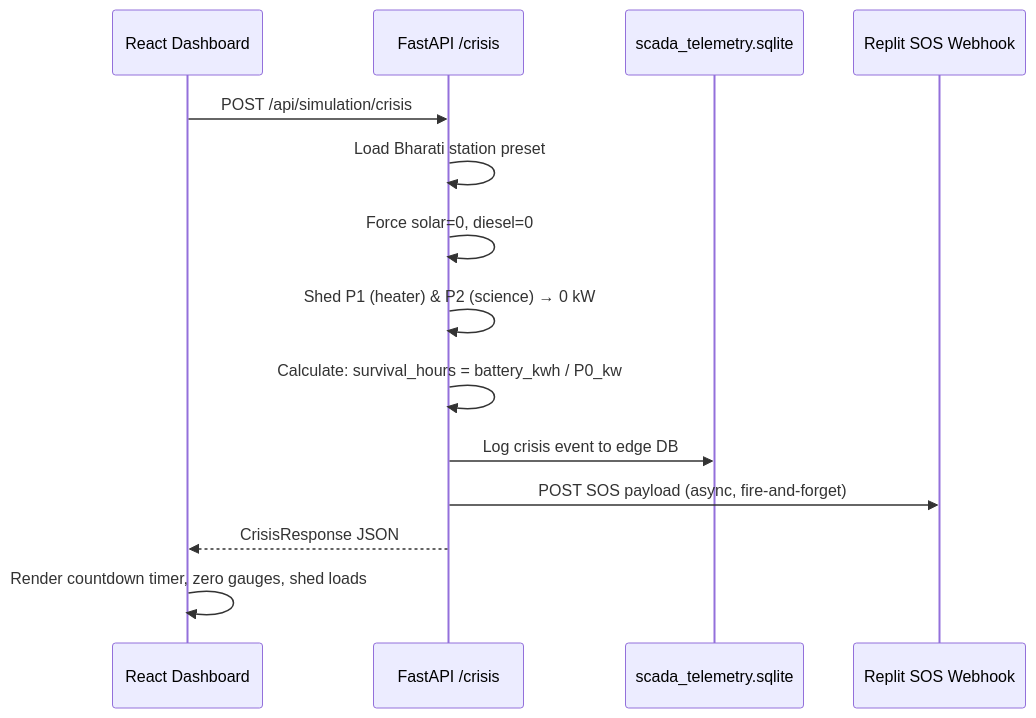
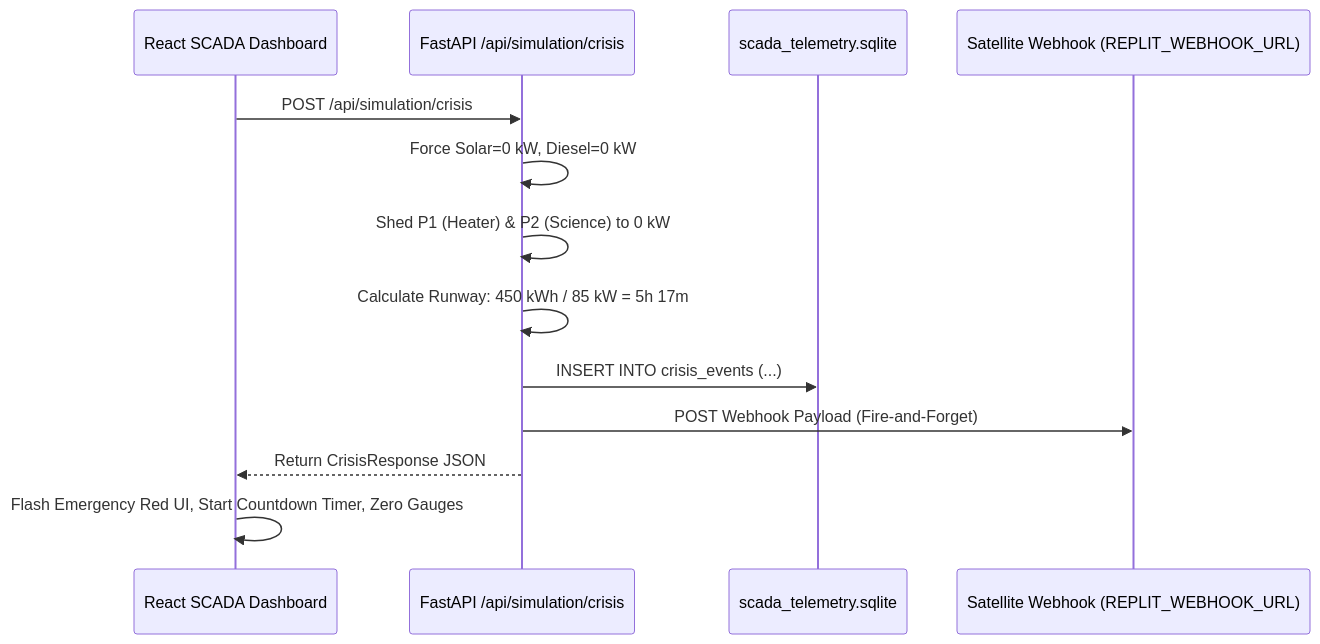
Before and after one commit to VICTUS69/Master_Polaris: the second of 2 diagrams in architecture_schema_v3.md, drawn with Mermaid. The commit also changed other lines of this file and 11 other files, not shown here.

````diff
--- a/architecture_schema_v3.md
+++ b/architecture_schema_v3.md
@@ -114,17 +309,16 @@
 ```mermaid
 sequenceDiagram
-    participant UI as React Dashboard
-    participant API as FastAPI /crisis
+    participant UI as React SCADA Dashboard
+    participant API as FastAPI /api/simulation/crisis
     participant DB as scada_telemetry.sqlite
-    participant WH as Replit SOS Webhook
+    participant WH as Satellite Webhook (REPLIT_WEBHOOK_URL)
 
     UI->>API: POST /api/simulation/crisis
-    API->>API: Load Bharati station preset
-    API->>API: Force solar=0, diesel=0
-    API->>API: Shed P1 (heater) & P2 (science) → 0 kW
-    API->>API: Calculate: survival_hours = battery_kwh / P0_kw
-    API->>DB: Log crisis event to edge DB
-    API->>WH: POST SOS payload (async, fire-and-forget)
-    API-->>UI: CrisisResponse JSON
-    UI->>UI: Render countdown timer, zero gauges, shed loads
+    API->>API: Force Solar=0 kW, Diesel=0 kW
+    API->>API: Shed P1 (Heater) & P2 (Science) to 0 kW
+    API->>API: Calculate Runway: 450 kWh / 85 kW = 5h 17m
+    API->>DB: INSERT INTO crisis_events (...)
+    API->>WH: POST Webhook Payload (Fire-and-Forget)
+    API-->>UI: Return CrisisResponse JSON
+    UI->>UI: Flash Emergency Red UI, Start Countdown Timer, Zero Gauges
 ```
````
